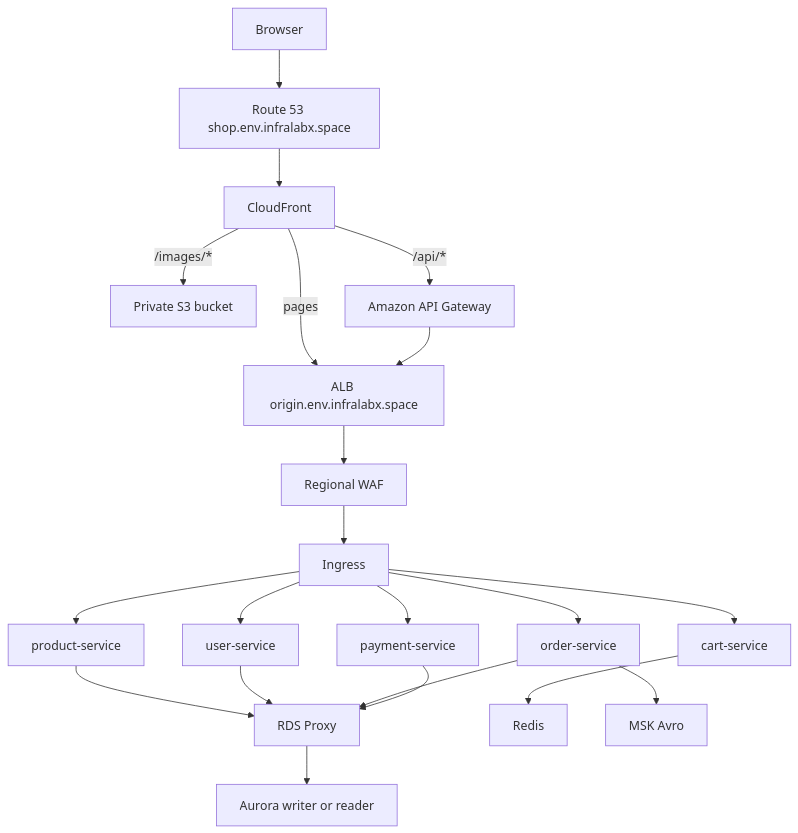
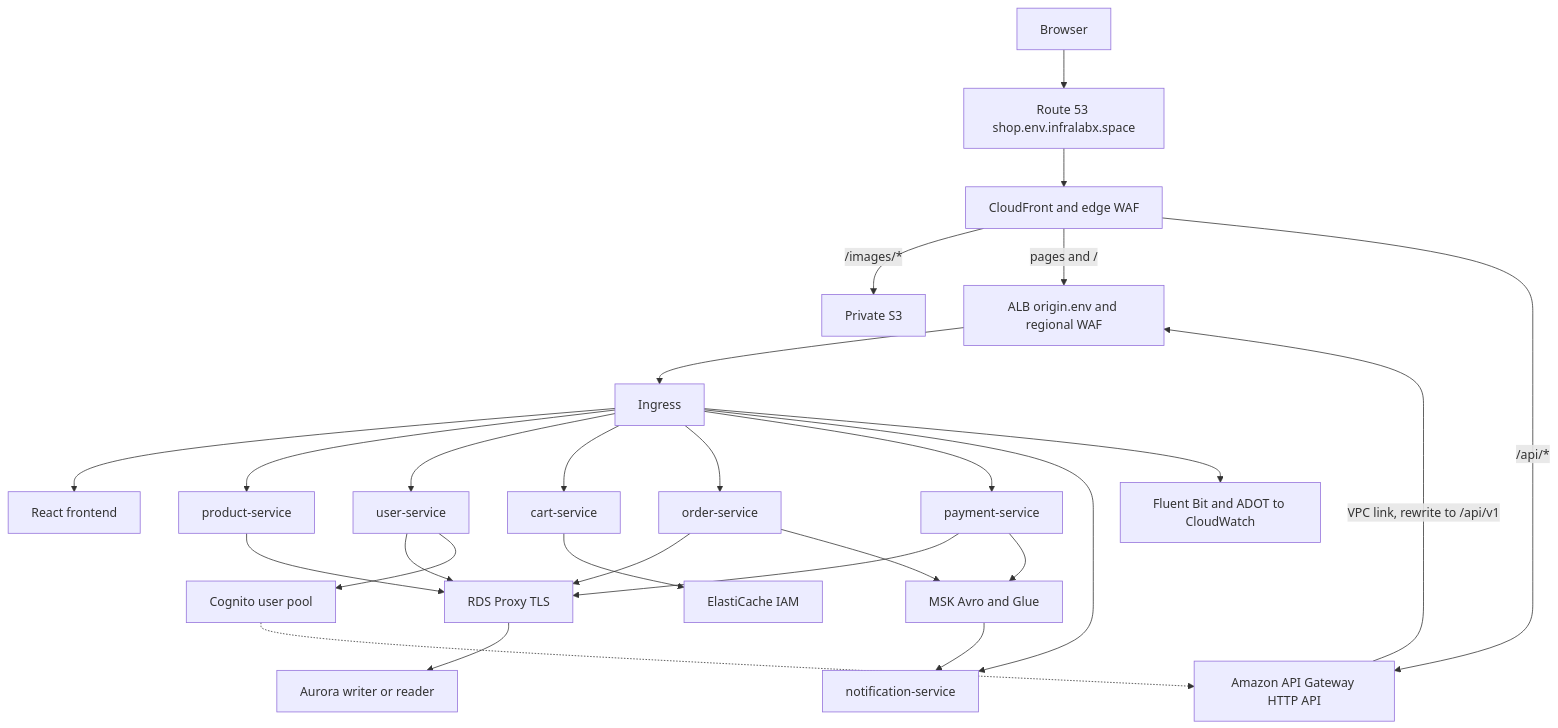
Before and after one commit to Johnson9393/shopsphere-infra: the second of 3 diagrams in README.md, drawn with Mermaid. The commit also changed other lines of this file and 5 other files, not shown here.

Commit message:
Document Amazon API Gateway, MSK, and the stack apply order.

````diff
--- a/README.md
+++ b/README.md
@@ -91,23 +103,29 @@
 ```mermaid
 flowchart TD
   browser[Browser] --> dns[Route 53 shop.env.infralabx.space]
-  dns --> cf[CloudFront]
-  cf -->|/images/*| s3[Private S3 bucket]
-  cf -->|pages| alb[ALB origin.env.infralabx.space]
-  cf -->|/api/*| apigw[Amazon API Gateway]
-  apigw --> alb
-  alb --> waf[Regional WAF]
-  waf --> ing[Ingress]
+  dns --> cf[CloudFront and edge WAF]
+  cf -->|/images/*| s3[Private S3]
+  cf -->|pages and /| alb[ALB origin.env and regional WAF]
+  cf -->|/api/*| apigw[Amazon API Gateway HTTP API]
+  cognito[Cognito user pool] -.-> apigw
+  apigw -->|VPC link, rewrite to /api/v1| alb
+  alb --> ing[Ingress]
+  ing --> fe[React frontend]
   ing --> product[product-service]
   ing --> user[user-service]
   ing --> cart[cart-service]
   ing --> order[order-service]
   ing --> pay[payment-service]
-  product --> proxy[RDS Proxy]
+  ing --> note[notification-service]
+  product --> proxy[RDS Proxy TLS]
   user --> proxy
   order --> proxy
   pay --> proxy
-  cart --> redis[Redis]
-  order --> msk[MSK Avro]
   proxy --> aurora[Aurora writer or reader]
+  cart --> redis[ElastiCache IAM]
+  user --> cognito
+  order --> msk[MSK Avro and Glue]
+  pay --> msk
+  msk --> note
+  ing --> otel[Fluent Bit and ADOT to CloudWatch]
 ```
````
